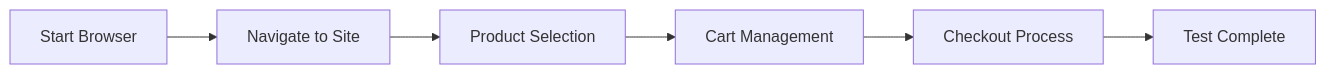
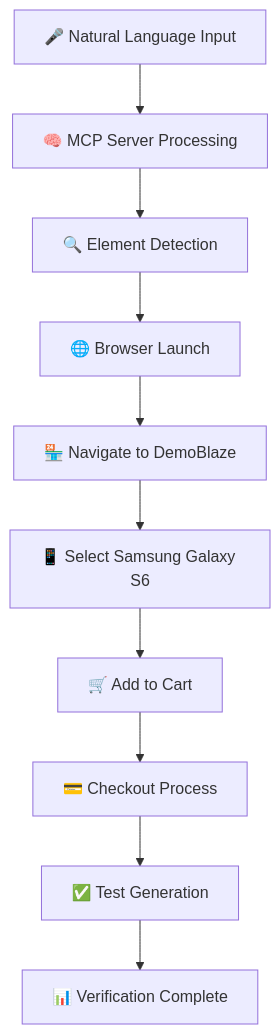
One commit to mvsaran/Selenium-MCP-Natural-Language-Automation changed the diagram in README.md. Above: the diagram before and after it, drawn with Mermaid. The commit also changed other lines of this file, not shown here.

````diff
--- a/README.md
+++ b/README.md
@@ -20,8 +176,12 @@
 ```mermaid
-graph LR
-    A[Start Browser] --> B[Navigate to Site]
-    B --> C[Product Selection]
-    C --> D[Cart Management]
-    D --> E[Checkout Process]
-    E --> F[Test Complete]
+graph TD
+    A[🎤 Natural Language Input] --> B[🧠 MCP Server Processing]
+    B --> C[🔍 Element Detection]
+    C --> D[🌐 Browser Launch]
+    D --> E[🏪 Navigate to DemoBlaze]
+    E --> F[📱 Select Samsung Galaxy S6]
+    F --> G[🛒 Add to Cart]
+    G --> H[💳 Checkout Process]
+    H --> I[✅ Test Generation]
+    I --> J[📊 Verification Complete]
 ```
````
